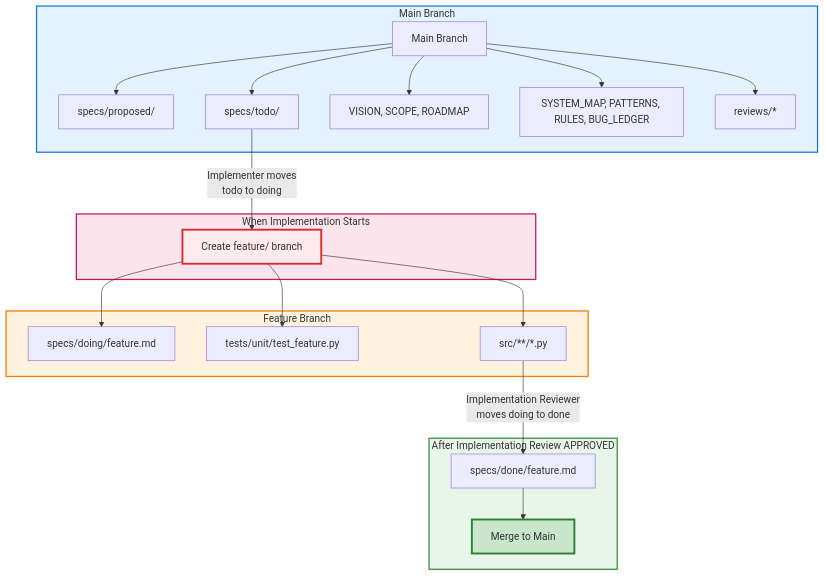
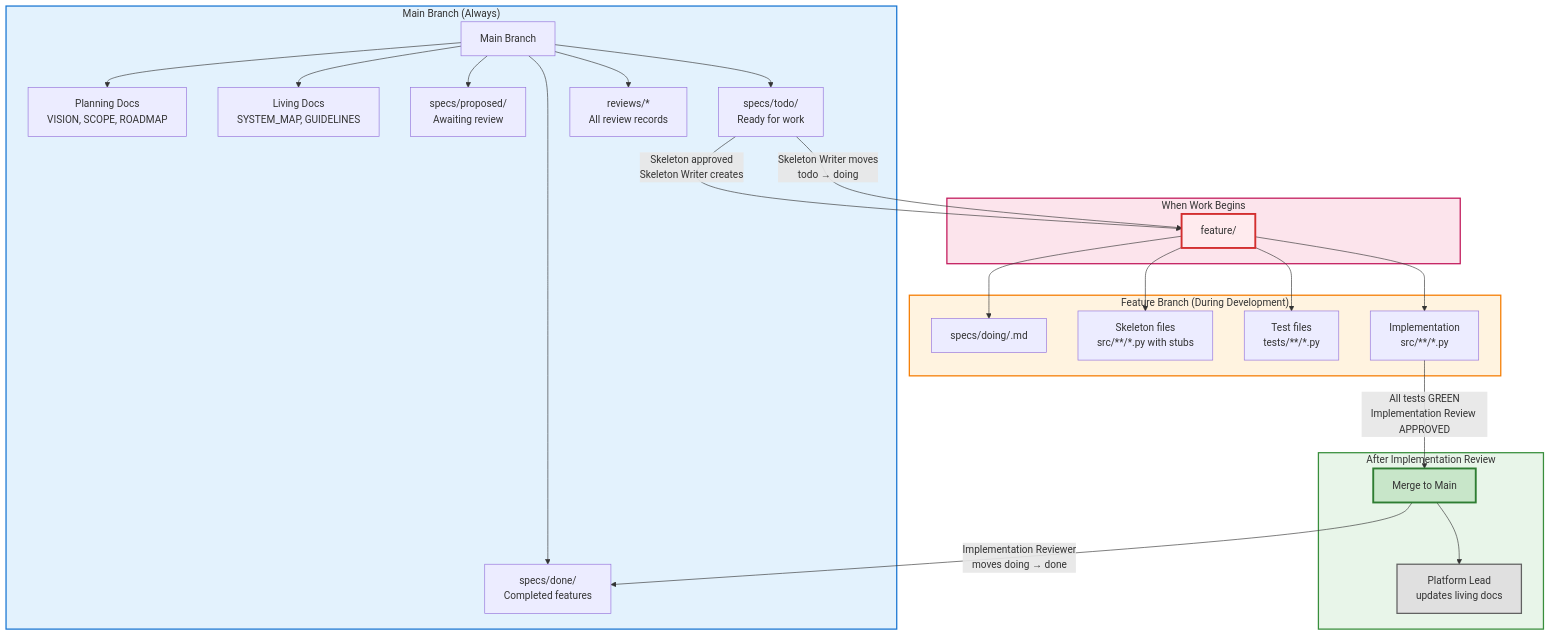
Before and after one commit to abstractionlair/dev_workflow_meta: the third of 9 diagrams in workflow-diagram.md, drawn with Mermaid. The commit also changed other lines of this file and 31 other files, not shown here.

````diff
--- a/workflow-diagram.md
+++ b/workflow-diagram.md
@@ -54,33 +273,38 @@
 ```mermaid
 flowchart TB
-    subgraph MainBranch["Main Branch"]
-        M[Main Branch] --> PROP[specs/proposed/]
-        M --> TODO[specs/todo/]
-        M --> PLAN[VISION, SCOPE, ROADMAP]
-        M --> LIVING[SYSTEM_MAP, PATTERNS, RULES, BUG_LEDGER]
-        M --> REV[reviews/*]
+    subgraph MainBranch["Main Branch (Always)"]
+        M[Main Branch] --> PLAN[Planning Docs<br/>VISION, SCOPE, ROADMAP]
+        M --> LIVING[Living Docs<br/>SYSTEM_MAP, GUIDELINES]
+        M --> PROP[specs/proposed/<br/>Awaiting review]
+        M --> TODO[specs/todo/<br/>Ready for work]
+        M --> DONE[specs/done/<br/>Completed features]
+        M --> REV[reviews/*<br/>All review records]
     end
     
-    subgraph Transition["When Implementation Starts"]
-        TODO -->|Implementer moves<br/>todo to doing| BRANCH[Create feature/<feature> branch]
+    subgraph Transition["When Work Begins"]
+        TODO -->|Skeleton approved<br/>Skeleton Writer creates| BRANCH[feature/<feature-name>]
+        TODO -->|Skeleton Writer moves<br/>todo → doing| BRANCH
     end
     
-    subgraph FeatureBranch["Feature Branch"]
-        BRANCH --> DOING[specs/doing/feature.md]
-        BRANCH --> TESTS[tests/unit/test_feature.py]
-        BRANCH --> CODE[src/**/*.py]
+    subgraph FeatureBranch["Feature Branch (During Development)"]
+        BRANCH --> DOING[specs/doing/<feature>.md]
+        BRANCH --> SKEL[Skeleton files<br/>src/**/*.py with stubs]
+        BRANCH --> TESTS[Test files<br/>tests/**/*.py]
+        BRANCH --> CODE[Implementation<br/>src/**/*.py]
     end
     
-    subgraph AfterApproval["After Implementation Review APPROVED"]
-        CODE -->|Implementation Reviewer<br/>moves doing to done| DONE[specs/done/feature.md]
-        DONE --> MERGE[Merge to Main]
+    subgraph AfterApproval["After Implementation Review"]
+        CODE -->|All tests GREEN<br/>Implementation Review APPROVED| MERGE[Merge to Main]
+        MERGE -->|Implementation Reviewer<br/>moves doing → done| DONE
+        MERGE --> PL[Platform Lead<br/>updates living docs]
     end
     
     style MainBranch fill:#e3f2fd,stroke:#1976d2,stroke-width:2px
     style FeatureBranch fill:#fff3e0,stroke:#f57c00,stroke-width:2px
     style AfterApproval fill:#e8f5e9,stroke:#388e3c,stroke-width:2px
     style Transition fill:#fce4ec,stroke:#c2185b,stroke-width:2px
     
     style BRANCH fill:#ffebee,stroke:#d32f2f,stroke-width:3px
     style MERGE fill:#c8e6c9,stroke:#2e7d32,stroke-width:3px
+    style PL fill:#e0e0e0,stroke:#616161,stroke-width:2px
 ```
````
